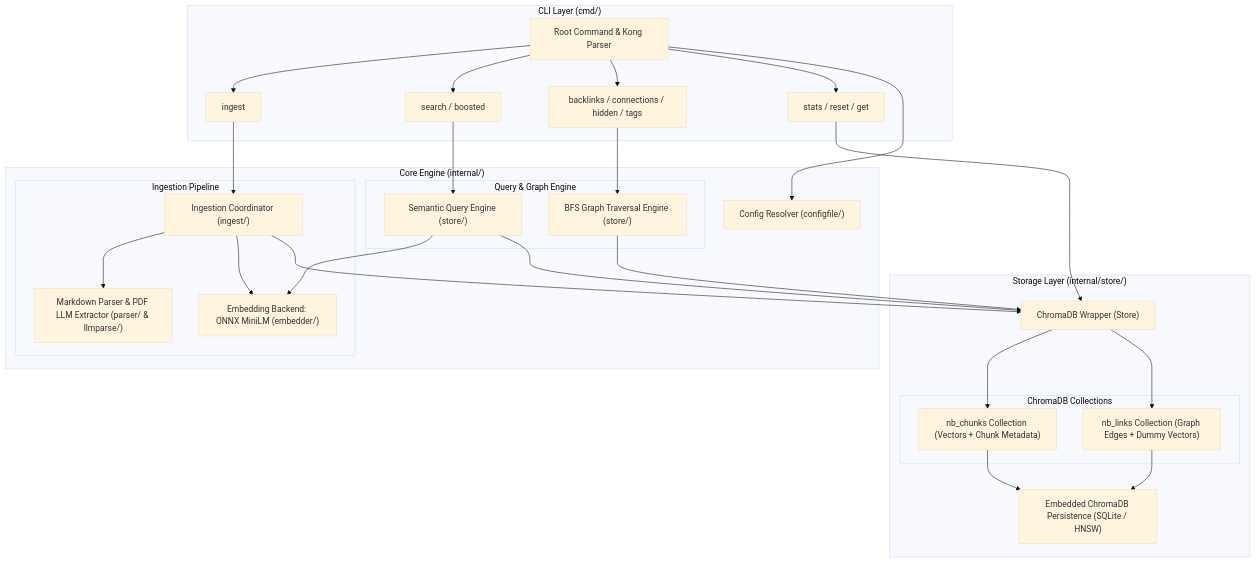
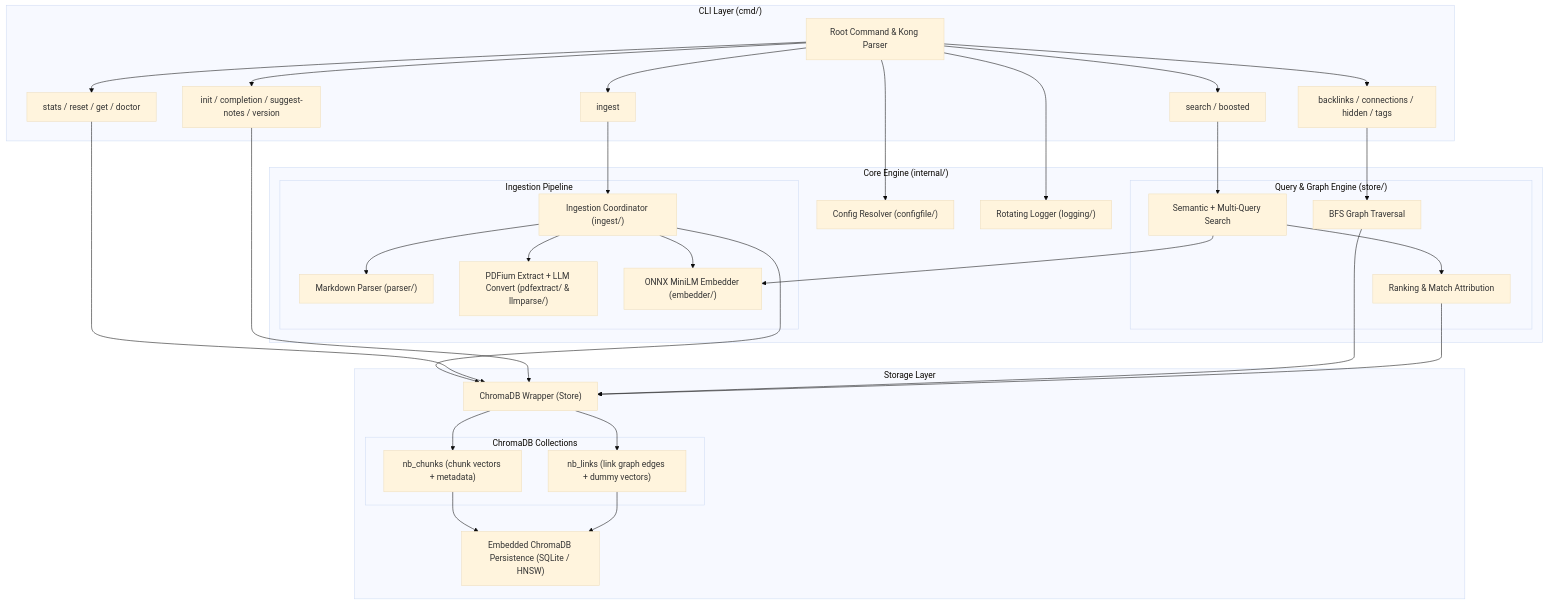
The diagram in wiki/Architecture.md (birhantprkc/notebrain-cli), drawn with Mermaid (base theme) before and after one commit. The commit also changed other lines of this file and 3 other files, not shown here.

Commit message:
docs(wiki): rewrite architecture guide; add ranking guide

````diff
--- a/wiki/Architecture.md
+++ b/wiki/Architecture.md
@@ -11,55 +11,63 @@
 ```mermaid
 graph TD
     subgraph CLI ["CLI Layer (cmd/)"]
         Root["Root Command & Kong Parser"]
         CmdIngest["ingest"]
         CmdSearch["search / boosted"]
         CmdGraph["backlinks / connections / hidden / tags"]
-        CmdVault["stats / reset / get"]
+        CmdVault["stats / reset / get / doctor"]
+        CmdExtra["init / completion / suggest-notes / version"]
     end
 
     subgraph Core ["Core Engine (internal/)"]
         Config["Config Resolver (configfile/)"]
+        Logging["Rotating Logger (logging/)"]
 
         subgraph IngestionPipeline ["Ingestion Pipeline"]
-            Parser["Markdown Parser & PDF LLM Extractor (parser/ & llmparse/)"]
-            Embedder["Embedding Backend: ONNX MiniLM (embedder/)"]
+            Parser["Markdown Parser (parser/)"]
+            PDF["PDFium Extract + LLM Convert (pdfextract/ & llmparse/)"]
+            Embedder["ONNX MiniLM Embedder (embedder/)"]
             Ingest["Ingestion Coordinator (ingest/)"]
         end
 
-        subgraph QueryEngine ["Query & Graph Engine"]
-            Query["Semantic Query Engine (store/)"]
-            Graph["BFS Graph Traversal Engine (store/)"]
+        subgraph QueryEngine ["Query & Graph Engine (store/)"]
+            Query["Semantic + Multi-Query Search"]
+            Graph["BFS Graph Traversal"]
+            Ranking["Ranking & Match Attribution"]
         end
     end
 
-    subgraph Storage ["Storage Layer (internal/store/)"]
+    subgraph Storage ["Storage Layer"]
         ChromaStore["ChromaDB Wrapper (Store)"]
 
         subgraph Collections ["ChromaDB Collections"]
-            NbChunks["nb_chunks Collection (Vectors + Chunk Metadata)"]
-            NbLinks["nb_links Collection (Graph Edges + Dummy Vectors)"]
+            NbChunks["nb_chunks (chunk vectors + metadata)"]
+            NbLinks["nb_links (link graph edges + dummy vectors)"]
         end
 
         SQLite["Embedded ChromaDB Persistence (SQLite / HNSW)"]
     end
 
-    Root --> CmdIngest & CmdSearch & CmdGraph & CmdVault
+    Root --> CmdIngest & CmdSearch & CmdGraph & CmdVault & CmdExtra
     Root --> Config
+    Root --> Logging
 
     CmdIngest --> Ingest
     Ingest --> Parser
+    Ingest --> PDF
     Ingest --> Embedder
     Ingest --> ChromaStore
 
     CmdSearch --> Query
     CmdGraph --> Graph
     CmdVault --> ChromaStore
+    CmdExtra --> ChromaStore
 
     Query --> Embedder
-    Query --> ChromaStore
+    Query --> Ranking
     Graph --> ChromaStore
+    Ranking --> ChromaStore
 
     ChromaStore --> NbChunks & NbLinks
     NbChunks & NbLinks --> SQLite
 ```
````
